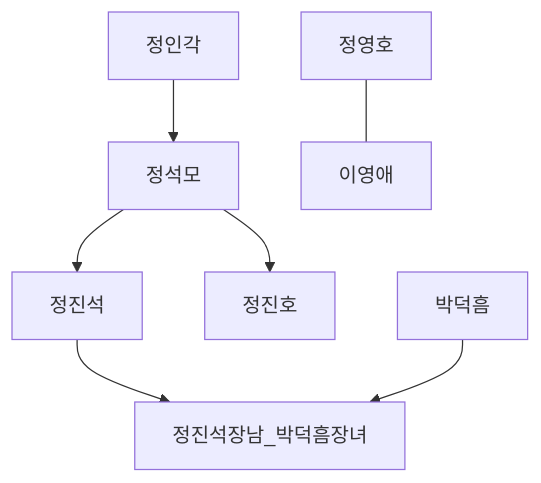
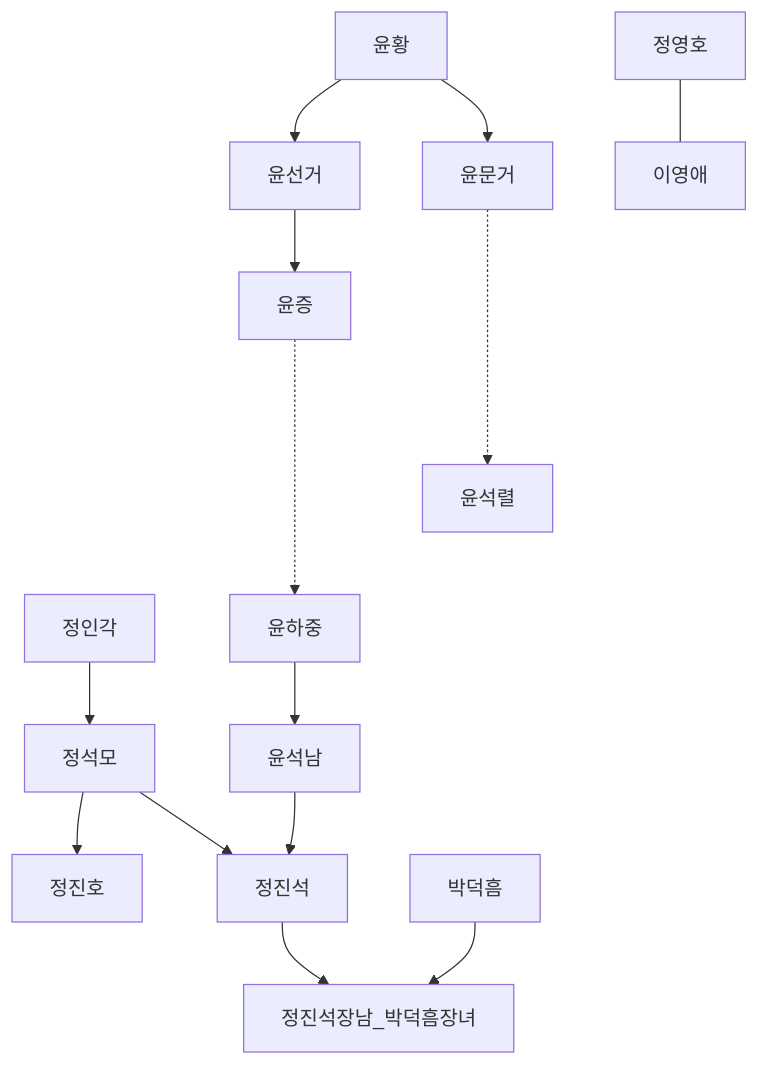
One commit to daewonyoon/historigram changed the diagram in 한국사/정진석중심.md. Above: the diagram before and after it, drawn with Mermaid. The commit also changed 2 other files, not shown here.

Commit message:
백년전쟁 - 정진석윤석열 - 루트비히

````diff
--- a/한국사/정진석중심.md
+++ b/한국사/정진석중심.md
@@ -1,9 +1,13 @@
 ```mermaid
 graph TB
 
+윤황 --> 윤문거
+윤황 --> 윤선거
 정인각 --> 정석모 --> 정진석 --> 정진석장남_박덕흠장녀
+윤선거 --> 윤증 -...-> 윤하중 --> 윤석남 --> 정진석
+윤문거 -...-> 윤석렬
 정석모 --> 정진호
 박덕흠 --> 정진석장남_박덕흠장녀
 
 정영호 --- 이영애
 ```
````
